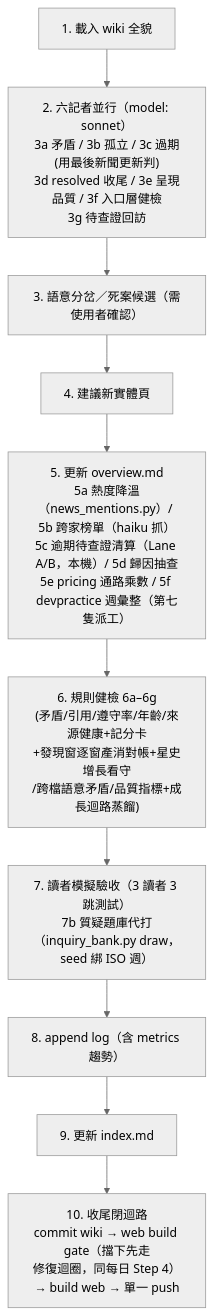
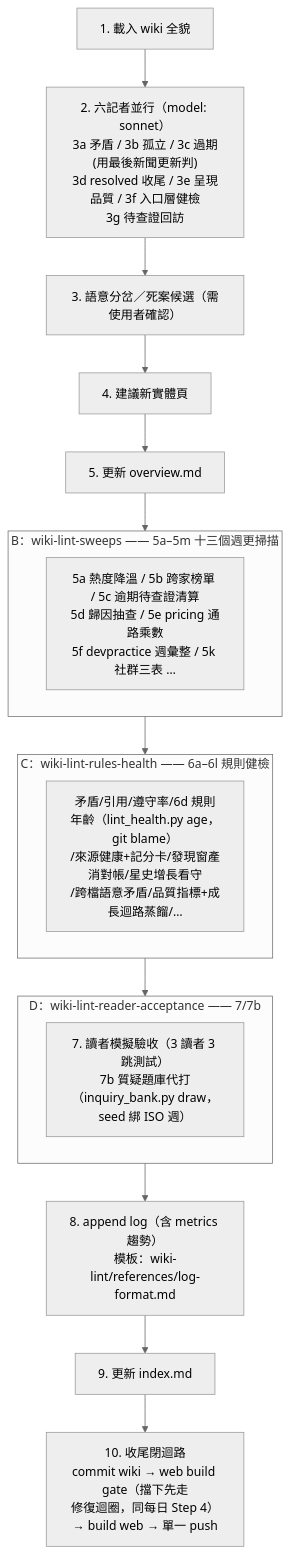
The fifth of 9 diagrams in src/DesignDocument/Design Diagram.md (mandy82477/claude-news), drawn with Mermaid (neutral theme) before and after one commit. The commit also changed other lines of this file and 2 other files, not shown here.

First line of the commit message:
docs(arch): 架構文件同步至 2026-09-13——commands→skills 重構、wiki-lint 四段子 skill、reporter-rules 每記者一資料夾、讀者版日報改版、治理層新腳本與 DoD hook

````diff
--- a/src/DesignDocument/Design Diagram.md
+++ b/src/DesignDocument/Design Diagram.md
@@ -199,15 +212,30 @@
 ```mermaid
 flowchart TD
     L1["1. 載入 wiki 全貌"] --> L2
     L2["2. 六記者並行（model: sonnet）\n3a 矛盾 / 3b 孤立 / 3c 過期(用最後新聞更新判)\n3d resolved 收尾 / 3e 呈現品質 / 3f 入口層健檢\n3g 待查證回訪"] --> L3
     L3["3. 語意分岔／死案候選（需使用者確認）"] --> L4
     L4["4. 建議新實體頁"] --> L5
-    L5["5. 更新 overview.md\n5a 熱度降溫（news_mentions.py）/ 5b 跨家榜單（haiku 抓）\n5c 逾期待查證清算（Lane A/B，本機）/ 5d 歸因抽查\n5e pricing 通路乘數 / 5f devpractice 週彙整（第七隻派工）"] --> L6
-    L6["6. 規則健檢 6a–6g\n(矛盾/引用/遵守率/年齡/來源健康+記分卡\n+發現窗逐窗產消對帳+星史增長看守\n/跨檔語意矛盾/品質指標+成長迴路蒸餾)"] --> L7
-    L7["7. 讀者模擬驗收（3 讀者 3 跳測試）\n7b 質疑題庫代打（inquiry_bank.py draw，seed 綁 ISO 週）"] --> L8
-    L8["8. append log（含 metrics 趨勢）"] --> L9
+    L5["5. 更新 overview.md"] --> LB
+
+    subgraph LB["B：wiki-lint-sweeps —— 5a–5m 十三個週更掃描"]
+        L5B["5a 熱度降溫 / 5b 跨家榜單 / 5c 逾期待查證清算\n5d 歸因抽查 / 5e pricing 通路乘數\n5f devpractice 週彙整 / 5k 社群三表 …"]
+    end
+
+    LB --> LC
+
+    subgraph LC["C：wiki-lint-rules-health —— 6a–6l 規則健檢"]
+        L6["矛盾/引用/遵守率/6d 規則年齡（lint_health.py age，git blame）\n/來源健康+記分卡/發現窗產消對帳/星史增長看守\n/跨檔語意矛盾/品質指標+成長迴路蒸餾/…"]
+    end
+
+    LC --> LD
+
+    subgraph LD["D：wiki-lint-reader-acceptance —— 7/7b"]
+        L7["7. 讀者模擬驗收（3 讀者 3 跳測試）\n7b 質疑題庫代打（inquiry_bank.py draw，seed 綁 ISO 週）"]
+    end
+
+    LD --> L8["8. append log（含 metrics 趨勢）\n模板：wiki-lint/references/log-format.md"] --> L9
     L9["9. 更新 index.md"] --> L10
     L10["10. 收尾閉迴路
 commit wiki → web build gate（擋下先走
 修復迴圈，同每日 Step 4）→ build web → 單一 push"]
 ```
````
